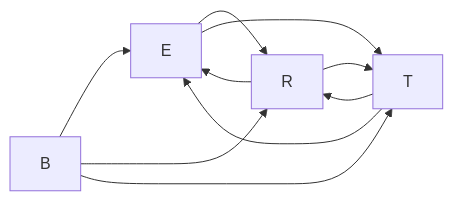
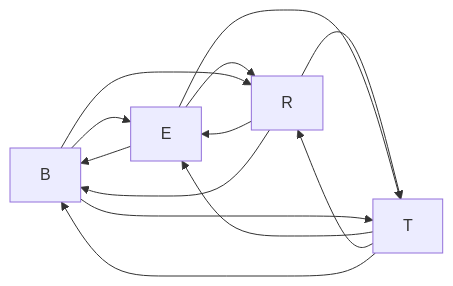
Before and after one commit to codeman1o1/bert: the diagram in README.md, drawn with Mermaid.

Commit message:
more berting in readme

````diff
--- a/README.md
+++ b/README.md
@@ -3,6 +3,7 @@
 ```mermaid
 graph LR;
-  B & R & T-->E;
-  E & B & T-->R;
-  R & B & E-->T;
+  B & T & R --> E;
+  E & B & T --> R;
+  R & E & B --> T;
+  T & R & E --> B;
 ```
````
